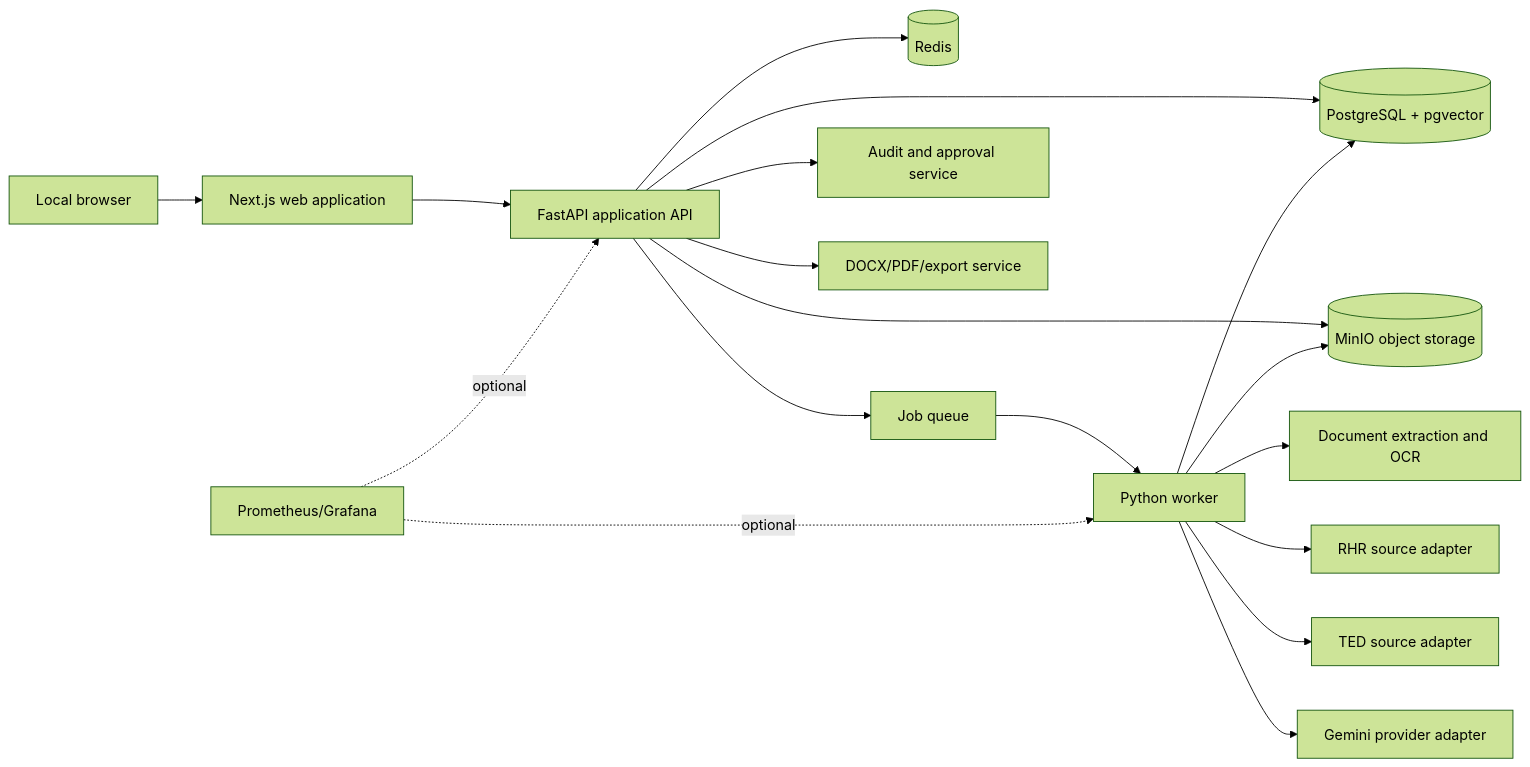
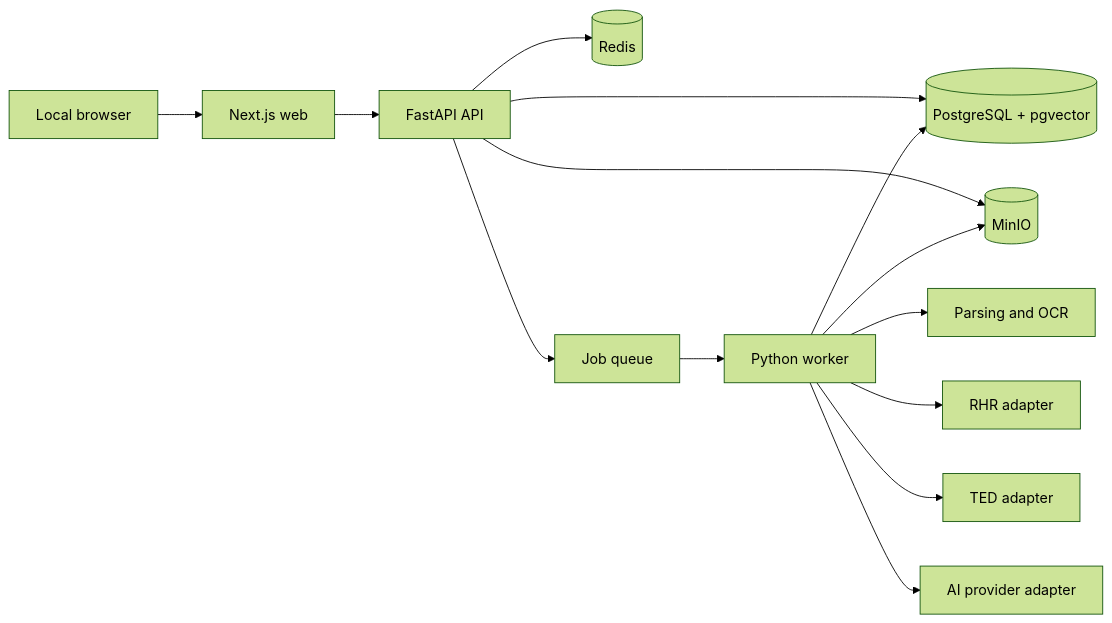
Before and after one commit to pikkst/Eventnexus-hanke-keskond: the diagram in README.md, drawn with Mermaid (forest theme). The commit also changed other lines of this file, not shown here.

````diff
--- a/README.md
+++ b/README.md
@@ -209,20 +213,16 @@
 ```mermaid
 flowchart LR
-    U[Local browser] --> W[Next.js web application]
-    W --> A[FastAPI application API]
+    U[Local browser] --> W[Next.js web]
+    W --> A[FastAPI API]
     A --> DB[(PostgreSQL + pgvector)]
-    A --> OBJ[(MinIO object storage)]
+    A --> OBJ[(MinIO)]
     A --> R[(Redis)]
     A --> Q[Job queue]
     Q --> WK[Python worker]
-    WK --> DOC[Document extraction and OCR]
-    WK --> RHR[RHR source adapter]
-    WK --> TED[TED source adapter]
-    WK --> G[Gemini provider adapter]
+    WK --> DOC[Parsing and OCR]
+    WK --> RHR[RHR adapter]
+    WK --> TED[TED adapter]
+    WK --> AI[AI provider adapter]
     WK --> DB
     WK --> OBJ
-    A --> AUD[Audit and approval service]
-    A --> EXP[DOCX/PDF/export service]
-    MON[Prometheus/Grafana] -. optional .-> A
-    MON -. optional .-> WK
 ```
````
